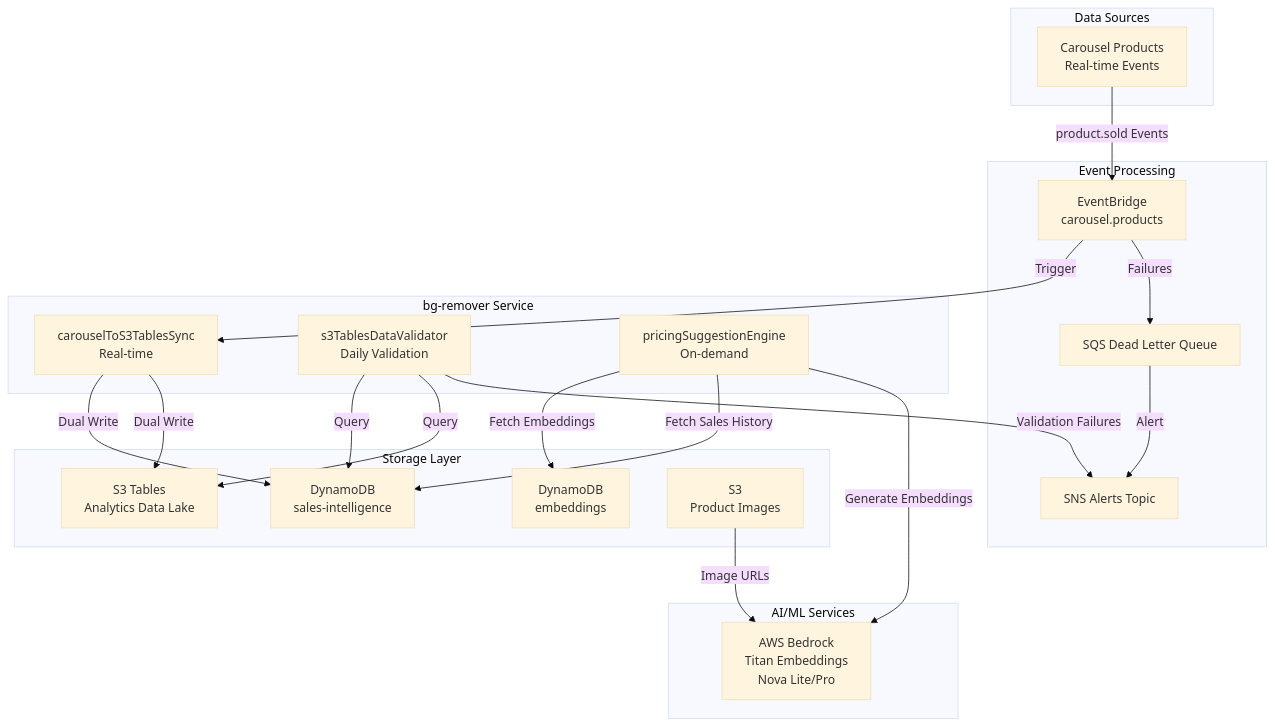
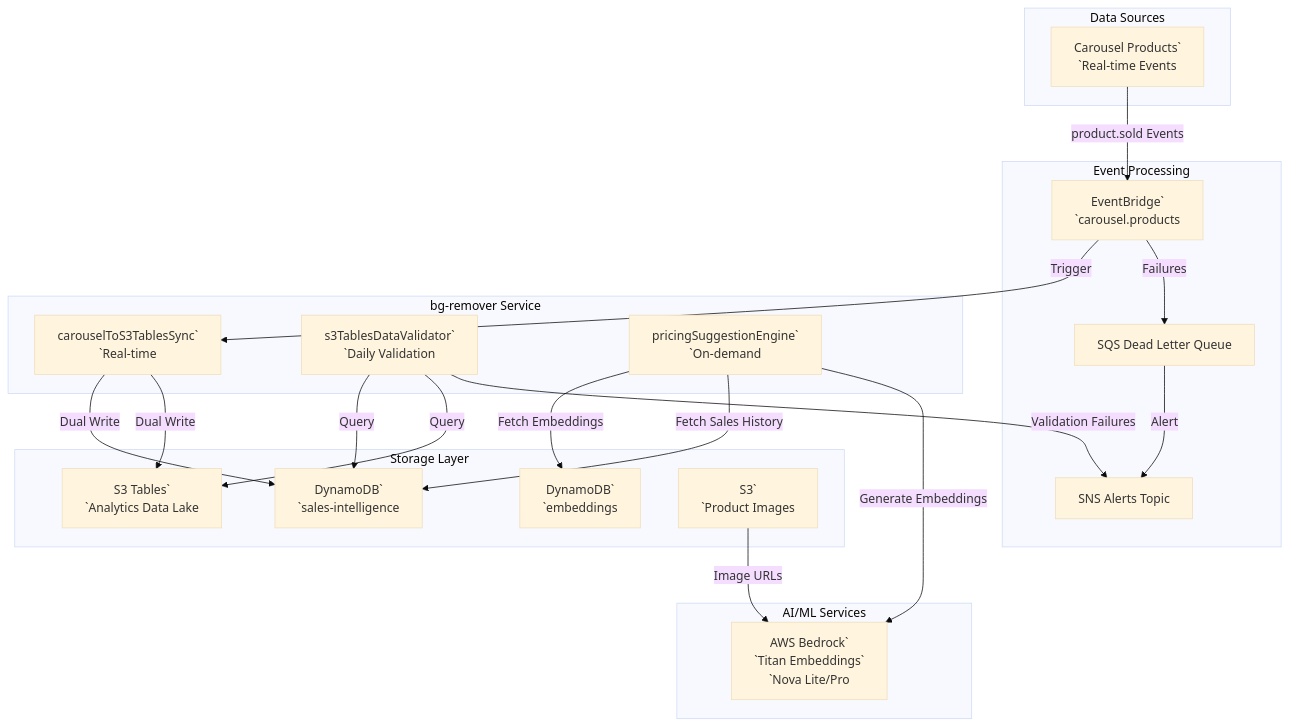
One commit to hringekjan/bg-remover changed the first of 4 diagrams in SYSTEM_ARCHITECTURE.md. Above: the diagram before and after it, drawn with Mermaid (base theme). The commit also changed other lines of this file and 207 other files, not shown here.

````diff
--- a/SYSTEM_ARCHITECTURE.md
+++ b/SYSTEM_ARCHITECTURE.md
@@ -13,45 +13,45 @@
 ```mermaid
 graph TB
     subgraph "Data Sources"
-        Carousel[Carousel Products<br/>Real-time Events]
+        Carousel[Carousel Products`<br/>`Real-time Events]
     end
 
     subgraph "Event Processing"
-        EB[EventBridge<br/>carousel.products]
+        EB[EventBridge`<br/>`carousel.products]
         DLQ[SQS Dead Letter Queue]
         SNS[SNS Alerts Topic]
     end
 
     subgraph "bg-remover Service"
-        L2[carouselToS3TablesSync<br/>Real-time]
-        L3[s3TablesDataValidator<br/>Daily Validation]
-        L4[pricingSuggestionEngine<br/>On-demand]
+        L2[carouselToS3TablesSync`<br/>`Real-time]
+        L3[s3TablesDataValidator`<br/>`Daily Validation]
+        L4[pricingSuggestionEngine`<br/>`On-demand]
     end
 
     subgraph "Storage Layer"
-        DDB1[DynamoDB<br/>sales-intelligence]
-        DDB2[DynamoDB<br/>embeddings]
-        S3Tables[S3 Tables<br/>Analytics Data Lake]
-        S3Images[S3<br/>Product Images]
+        DDB1[DynamoDB`<br/>`sales-intelligence]
+        DDB2[DynamoDB`<br/>`embeddings]
+        S3Tables[S3 Tables`<br/>`Analytics Data Lake]
+        S3Images[S3`<br/>`Product Images]
     end
 
     subgraph "AI/ML Services"
-        Bedrock[AWS Bedrock<br/>Titan Embeddings<br/>Nova Lite/Pro]
+        Bedrock[AWS Bedrock`<br/>`Titan Embeddings`<br/>`Nova Lite/Pro]
     end
 
     Carousel -->|product.sold Events| EB
     EB -->|Trigger| L2
     L2 -->|Dual Write| DDB1
     L2 -->|Dual Write| S3Tables
     EB -->|Failures| DLQ
     DLQ -->|Alert| SNS
 
     L3 -->|Query| DDB1
     L3 -->|Query| S3Tables
     L3 -->|Validation Failures| SNS
 
     L4 -->|Fetch Embeddings| DDB2
     L4 -->|Fetch Sales History| DDB1
     L4 -->|Generate Embeddings| Bedrock
     S3Images -->|Image URLs| Bedrock
 ```
````
